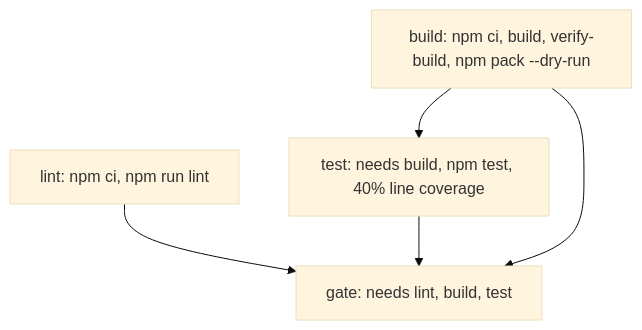
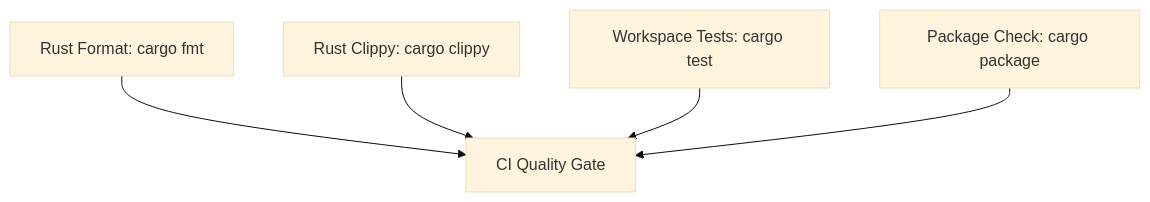
One commit to giauphan/codeatlas-mcp-rust changed the diagram in docs/PIPELINE.md. Above: the diagram before and after it, drawn with Mermaid (base theme). The commit also changed other lines of this file and 18 other files, not shown here.

````diff
--- a/docs/PIPELINE.md
+++ b/docs/PIPELINE.md
@@ -18,10 +16,13 @@
 ```mermaid
 flowchart TD
-  L[lint: npm ci, npm run lint]
-  B[build: npm ci, build, verify-build, npm pack --dry-run]
-  T[test: needs build, npm test, 40% line coverage]
-  G[gate: needs lint, build, test]
+  F["Rust Format: cargo fmt"]
+  L["Rust Clippy: cargo clippy"]
+  T["Workspace Tests: cargo test"]
+  P["Package Check: cargo package"]
+  G["CI Quality Gate"]
+
+  F --> G
   L --> G
-  B --> T --> G
-  B --> G
+  T --> G
+  P --> G
 ```
````
